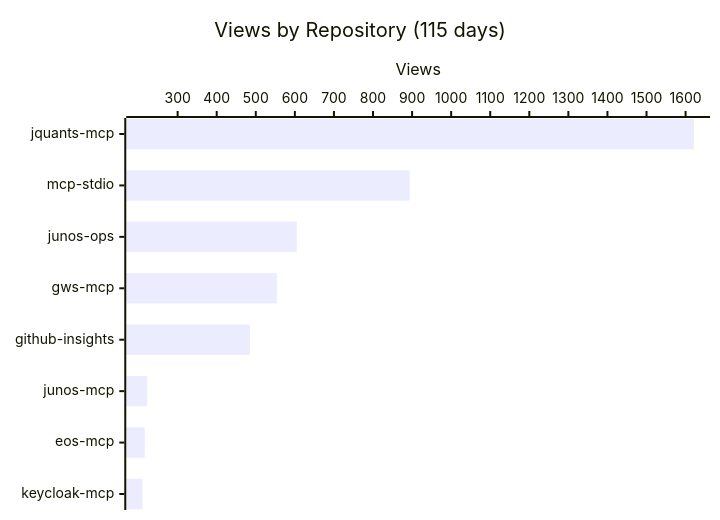
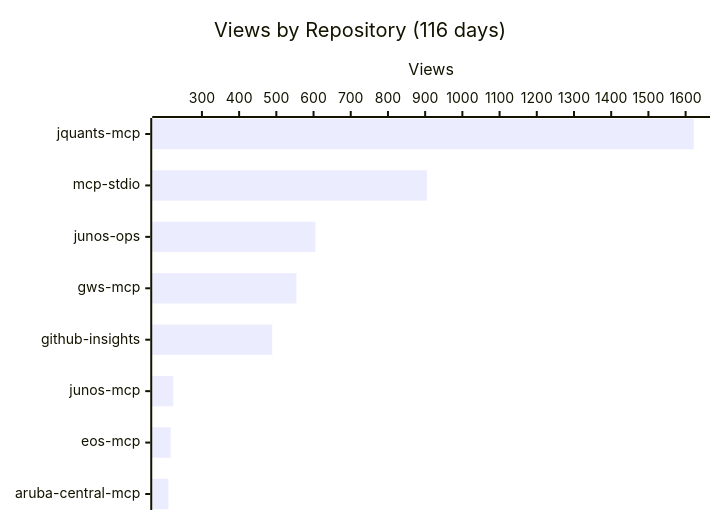
Before and after one commit to shigechika/github-insights: the first of 4 diagrams in README.md, drawn with Mermaid. The commit also changed other lines of this file and 2 other files, not shown here.

````diff
--- a/README.md
+++ b/README.md
@@ -18,7 +18,7 @@
 ```mermaid
 xychart-beta horizontal
-    title "Views by Repository (115 days)"
-    x-axis ["jquants-mcp", "mcp-stdio", "junos-ops", "gws-mcp", "github-insights", "junos-mcp", "eos-mcp", "keycloak-mcp"]
+    title "Views by Repository (116 days)"
+    x-axis ["jquants-mcp", "mcp-stdio", "junos-ops", "gws-mcp", "github-insights", "junos-mcp", "eos-mcp", "aruba-central-mcp"]
     y-axis "Views"
-    bar [1621, 894, 605, 554, 485, 222, 216, 210]
+    bar [1622, 905, 605, 554, 489, 223, 216, 210]
 ```
````
